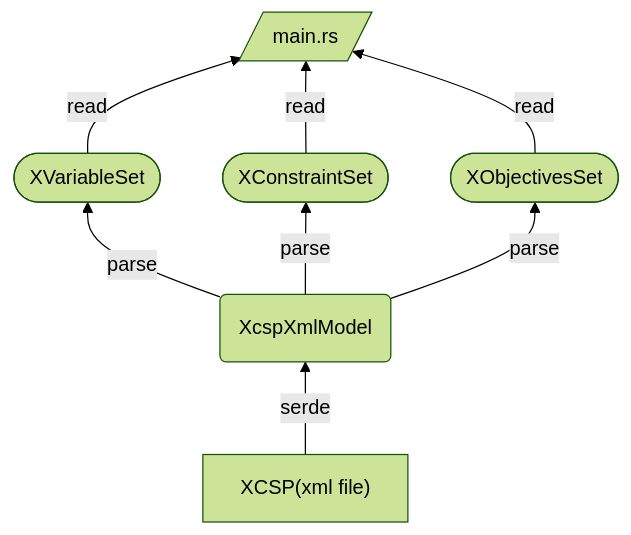
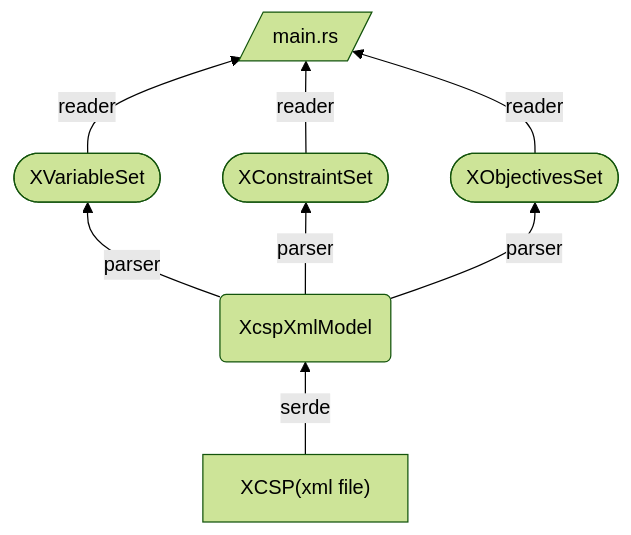
The first of 4 diagrams in README.md (luhanzhen/xcsp3-rust), drawn with Mermaid (forest theme) before and after one commit. The commit also changed other lines of this file and 5 other files, not shown here.

````diff
--- a/README.md
+++ b/README.md
@@ -54,11 +61,11 @@
 ```mermaid
 graph BT
 A["XCSP(xml file)"] --serde--> B(XcspXmlModel)
-B --parse--> C([XVariableSet])
-B --parse--> D([XConstraintSet])
-B --parse--> E([XObjectivesSet])
-C --read--> F[/main.rs/]
-D --read--> F
-E --read--> F
+B --parser--> C([XVariableSet])
+B --parser--> D([XConstraintSet])
+B --parser--> E([XObjectivesSet])
+C --reader--> F[/main.rs/]
+D --reader--> F
+E --reader--> F
 
 ```
````
